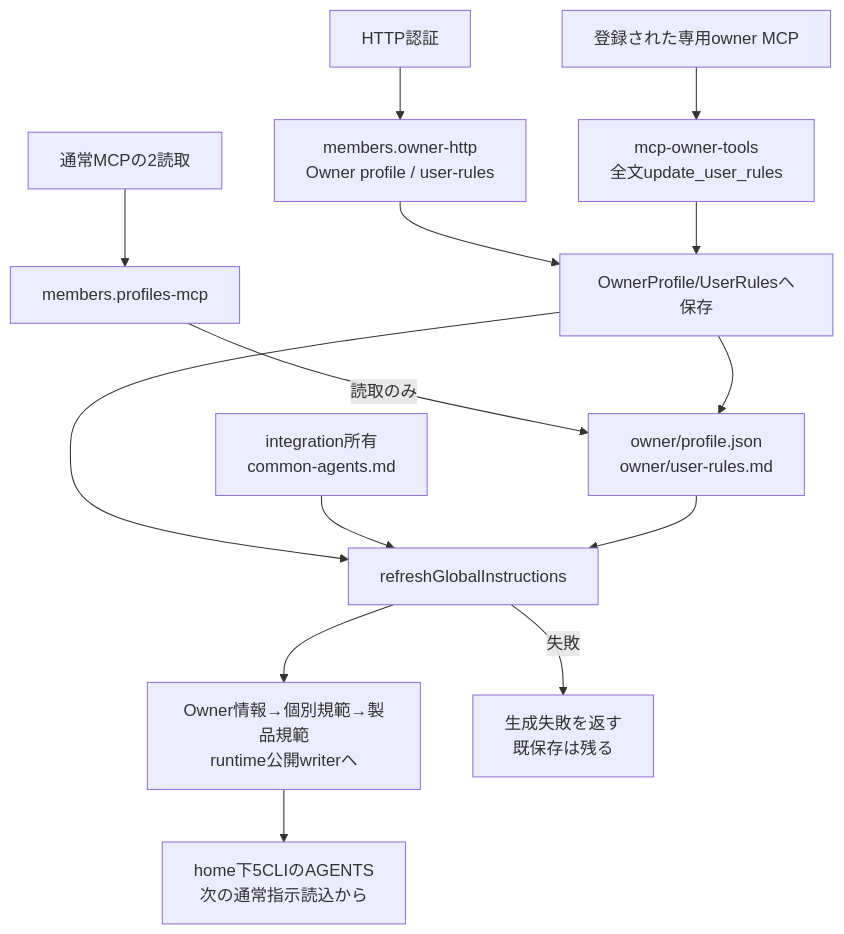
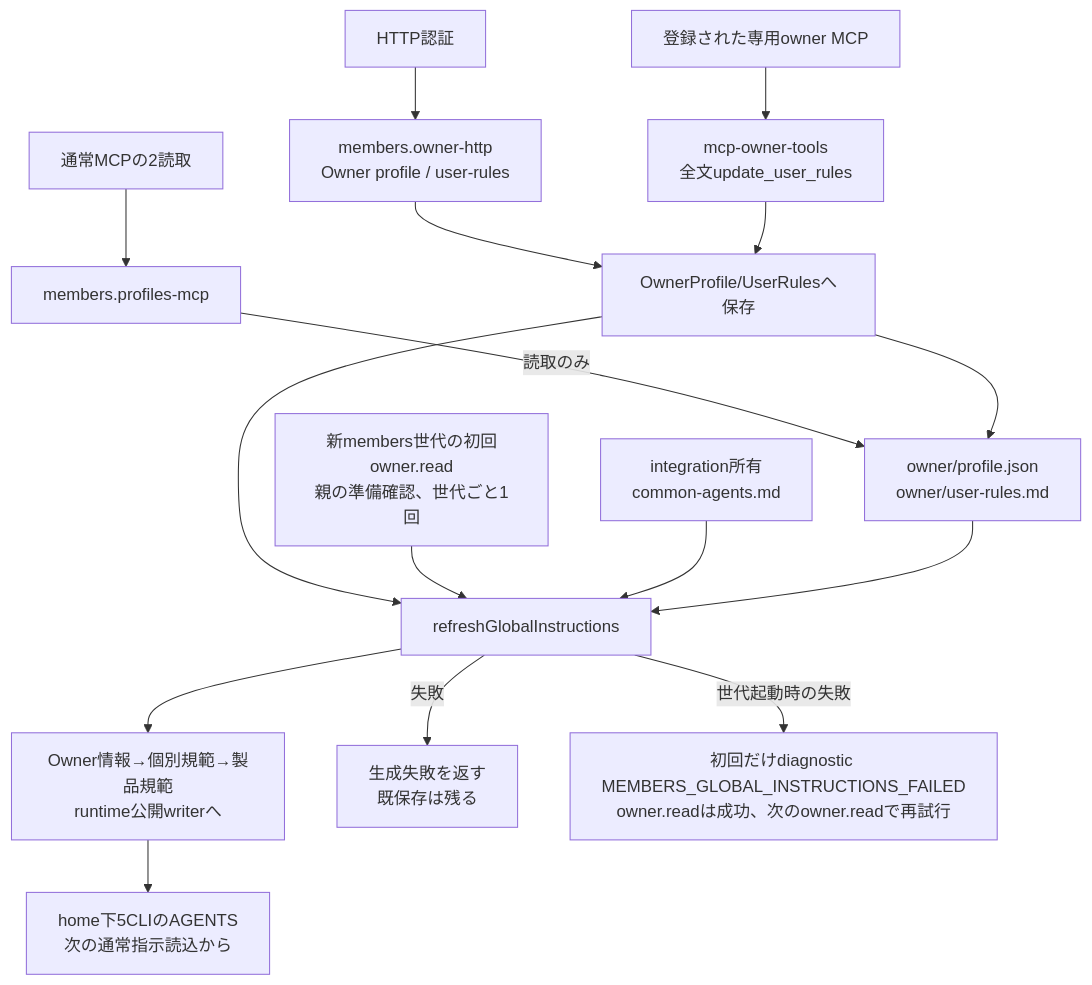
The first of 2 diagrams in docs/architecture/modules/members/instructions.md (kitepon/BellTeam), drawn with Mermaid before and after one commit. The commit also changed other lines of this file and 3 other files, not shown here.

First line of the commit message:
fix(members): render global instructions when a new members generation starts

````diff
--- a/docs/architecture/modules/members/instructions.md
+++ b/docs/architecture/modules/members/instructions.md
@@ -5,16 +5,18 @@
 ```mermaid
 flowchart TD
   Http["HTTP認証"] --> Owner["members.owner-http<br/>Owner profile / user-rules"]
   Read["通常MCPの2読取"] --> Member["members.profiles-mcp"]
   Dedicated["登録された専用owner MCP"] --> Rules["mcp-owner-tools<br/>全文update_user_rules"]
   Owner --> Save["OwnerProfile/UserRulesへ保存"]
   Rules --> Save
   Member -->|"読取のみ"| Data["owner/profile.json<br/>owner/user-rules.md"]
   Save --> Data
   Save --> Refresh["refreshGlobalInstructions"]
+  Generation["新members世代の初回owner.read<br/>親の準備確認、世代ごと1回"] --> Refresh
   Common["integration所有<br/>common-agents.md"] --> Refresh
   Data --> Refresh
   Refresh --> Write["Owner情報→個別規範→製品規範<br/>runtime公開writerへ"]
   Write --> Globals["home下5CLIのAGENTS<br/>次の通常指示読込から"]
   Refresh -->|"失敗"| Failure["生成失敗を返す<br/>既保存は残る"]
+  Refresh -->|"世代起動時の失敗"| Diagnostic["初回だけdiagnostic MEMBERS_GLOBAL_INSTRUCTIONS_FAILED<br/>owner.readは成功、次のowner.readで再試行"]
 ```
````
